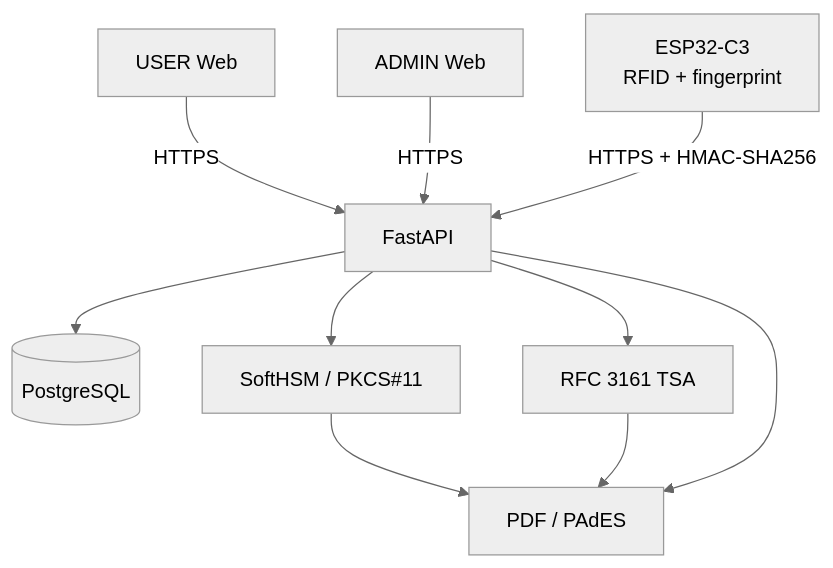
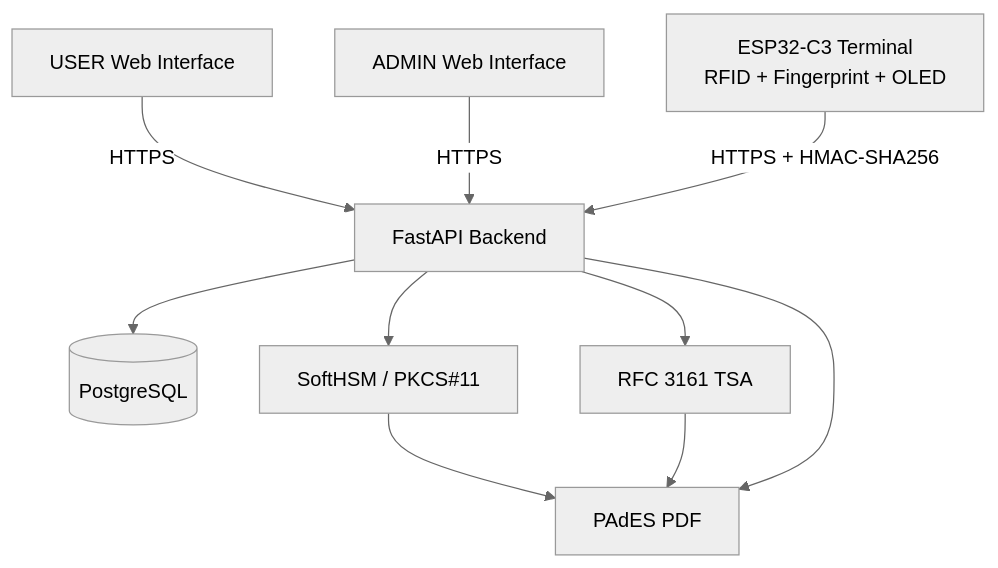
Before and after one commit to CheimaAmmar/remotesign-lab: the diagram in README.md, drawn with Mermaid (neutral theme). The commit also changed other lines of this file, not shown here.

````diff
--- a/README.md
+++ b/README.md
@@ -29,12 +45,15 @@
 ```mermaid
 flowchart TD
-    User[USER Web] -->|HTTPS| API[FastAPI]
-    Admin[ADMIN Web] -->|HTTPS| API
-    Device[ESP32-C3<br/>RFID + fingerprint] -->|HTTPS + HMAC-SHA256| API
+    User[USER Web Interface] -->|HTTPS| API[FastAPI Backend]
+    Admin[ADMIN Web Interface] -->|HTTPS| API
+
+    Device[ESP32-C3 Terminal<br/>RFID + Fingerprint + OLED] -->|HTTPS + HMAC-SHA256| API
+
     API --> DB[(PostgreSQL)]
     API --> HSM[SoftHSM / PKCS#11]
     API --> TSA[RFC 3161 TSA]
-    HSM --> PDF[PDF / PAdES]
+
+    HSM --> PDF[PAdES PDF]
     TSA --> PDF
     API --> PDF
 ```
````
